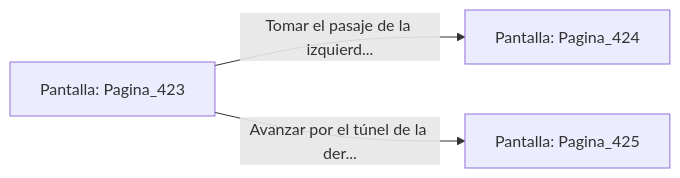
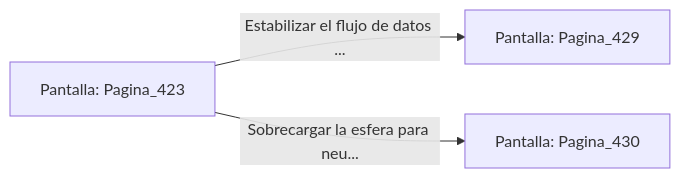
Before and after one commit to metsuke/mpl: the diagram in sample/eligejuego-vault/Pantalla_Pagina_423.md, drawn with Mermaid. The commit also changed other lines of this file and 635 other files, not shown here.

First line of the commit message:
fix: añadir Pagina_1 como pantalla inicial en capitulo_01.mpl

````diff
--- a/sample/eligejuego-vault/Pantalla_Pagina_423.md
+++ b/sample/eligejuego-vault/Pantalla_Pagina_423.md
@@ -20,6 +24,6 @@
 ```mermaid
 graph LR
     P_Pagina_423["Pantalla: Pagina_423"]
-    P_Pagina_423 -->|"Tomar el pasaje de la izquierd..."| P_Pagina_424["Pantalla: Pagina_424"]
-    P_Pagina_423 -->|"Avanzar por el túnel de la der..."| P_Pagina_425["Pantalla: Pagina_425"]
+    P_Pagina_423 -->|"Estabilizar el flujo de datos ..."| P_Pagina_429["Pantalla: Pagina_429"]
+    P_Pagina_423 -->|"Sobrecargar la esfera para neu..."| P_Pagina_430["Pantalla: Pagina_430"]
 ```
````
